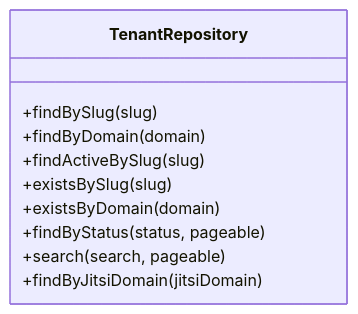
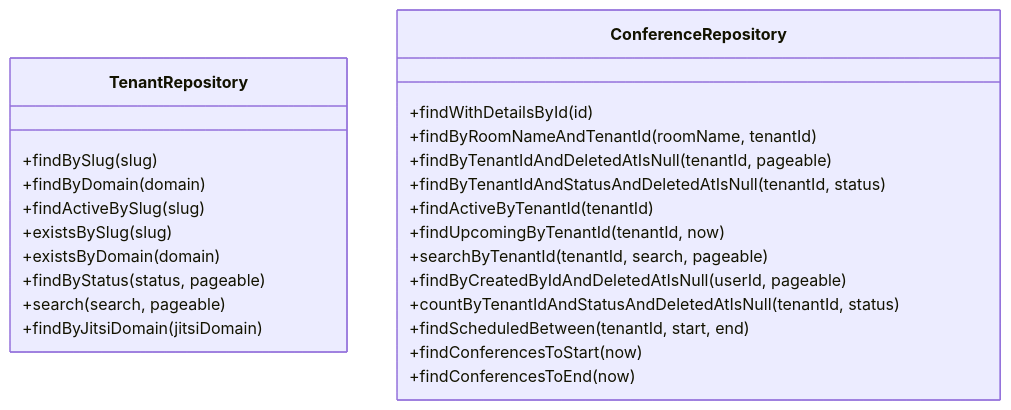
The third of 5 diagrams in .qoder/repowiki/en/content/Database Design/Database Design.md (Vostrikov2014/vks-qoder), drawn with Mermaid before and after one commit. The commit also changed other lines of this file and 12 other files, not shown here.

````diff
--- a/.qoder/repowiki/en/content/Database Design/Database Design.md
+++ b/.qoder/repowiki/en/content/Database Design/Database Design.md
@@ -326,13 +358,27 @@
 ```mermaid
 classDiagram
 class TenantRepository {
 +findBySlug(slug)
 +findByDomain(domain)
 +findActiveBySlug(slug)
 +existsBySlug(slug)
 +existsByDomain(domain)
 +findByStatus(status, pageable)
 +search(search, pageable)
 +findByJitsiDomain(jitsiDomain)
 }
+class ConferenceRepository {
++findWithDetailsById(id)
++findByRoomNameAndTenantId(roomName, tenantId)
++findByTenantIdAndDeletedAtIsNull(tenantId, pageable)
++findByTenantIdAndStatusAndDeletedAtIsNull(tenantId, status)
++findActiveByTenantId(tenantId)
++findUpcomingByTenantId(tenantId, now)
++searchByTenantId(tenantId, search, pageable)
++findByCreatedByIdAndDeletedAtIsNull(userId, pageable)
++countByTenantIdAndStatusAndDeletedAtIsNull(tenantId, status)
++findScheduledBetween(tenantId, start, end)
++findConferencesToStart(now)
++findConferencesToEnd(now)
+}
 ```
````
